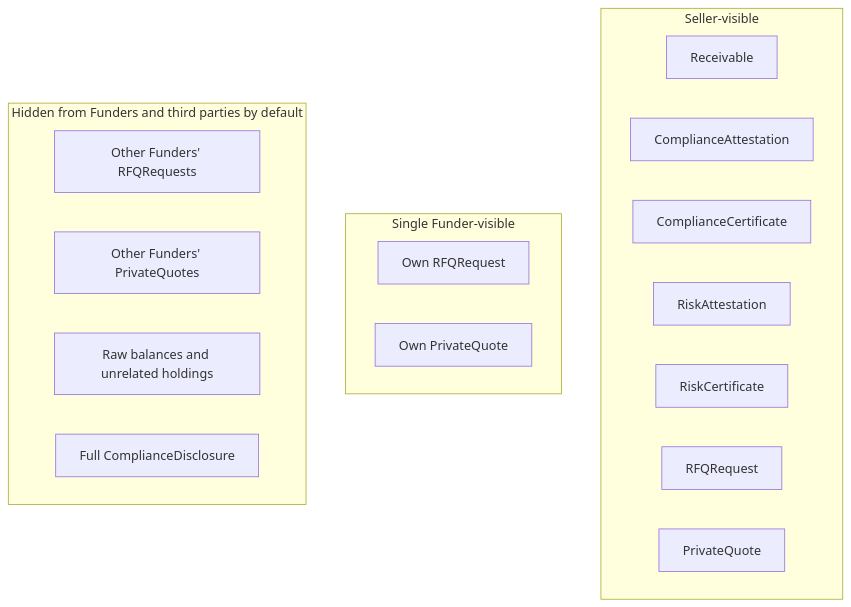
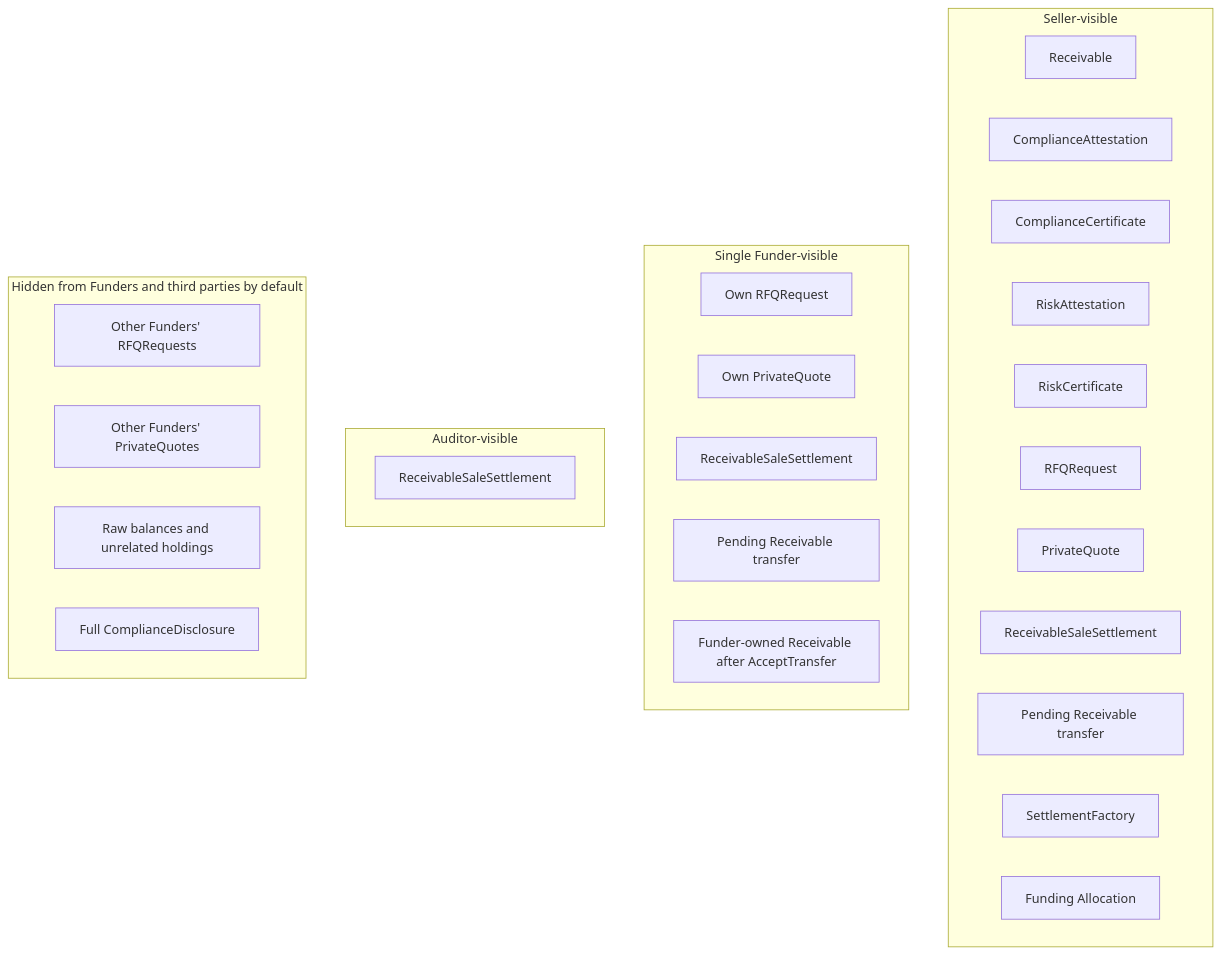
One commit to no-witness-labs/canton-hackathon-cloakRFQ changed the ninth of 10 diagrams in docs/technical-design/005-workflow-diagrams.md. Above: the diagram before and after it, drawn with Mermaid. The commit also changed other lines of this file and 22 other files, not shown here.

````diff
--- a/docs/technical-design/005-workflow-diagrams.md
+++ b/docs/technical-design/005-workflow-diagrams.md
@@ -143,24 +204,35 @@
 ```mermaid
 flowchart TD
     subgraph SellerVisible["Seller-visible"]
       R["Receivable"]
       CA["ComplianceAttestation"]
       CC["ComplianceCertificate"]
       RA["RiskAttestation"]
       RC["RiskCertificate"]
       RFQ_S["RFQRequest"]
       PQ["PrivateQuote"]
+      RSS["ReceivableSaleSettlement"]
+      RT["Pending Receivable transfer"]
+      SF["SettlementFactory"]
+      ALLOC["Funding Allocation"]
     end
 
     subgraph FunderVisible["Single Funder-visible"]
       RFQ_F["Own RFQRequest"]
       PQ_F["Own PrivateQuote"]
+      RSS_F["ReceivableSaleSettlement"]
+      RT_F["Pending Receivable transfer"]
+      FR_F["Funder-owned Receivable after AcceptTransfer"]
+    end
+
+    subgraph AuditorVisible["Auditor-visible"]
+      RSS_A["ReceivableSaleSettlement"]
     end
 
     subgraph Hidden["Hidden from Funders and third parties by default"]
       OtherRFQ["Other Funders' RFQRequests"]
       OtherPQ["Other Funders' PrivateQuotes"]
       RawBalances["Raw balances and unrelated holdings"]
       ComplianceDisclosure["Full ComplianceDisclosure"]
     end
 ```
````
